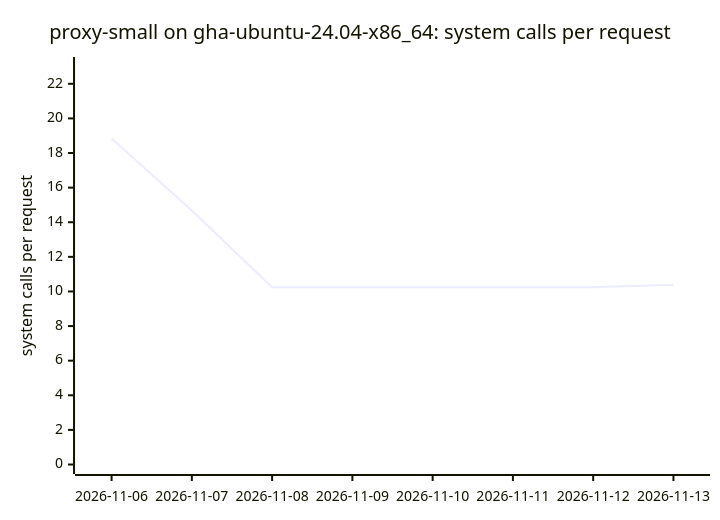
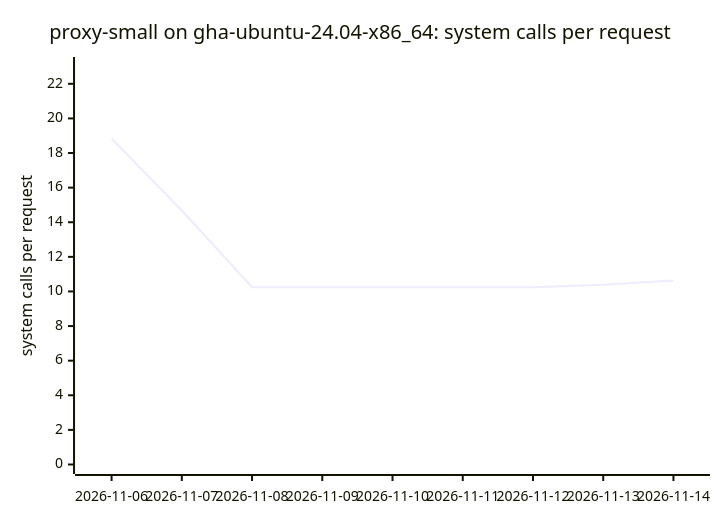
One commit to ThePixelPilgrim/durchlauferhitzer changed diagram 13 of 18 in BENCHMARKS.md. Above: the diagram before and after it, drawn with Mermaid. The commit also changed other lines of this file and 1 other file, not shown here.

````diff
--- a/BENCHMARKS.md
+++ b/BENCHMARKS.md
@@ -148,7 +148,7 @@
 ```mermaid
 xychart-beta
   title "proxy-small on gha-ubuntu-24.04-x86_64: system calls per request"
-  x-axis ["2026-11-06", "2026-11-07", "2026-11-08", "2026-11-09", "2026-11-10", "2026-11-11", "2026-11-12", "2026-11-13"]
+  x-axis ["2026-11-06", "2026-11-07", "2026-11-08", "2026-11-09", "2026-11-10", "2026-11-11", "2026-11-12", "2026-11-13", "2026-11-14"]
   y-axis "system calls per request" 0 --> 23
-  line [18.84, 14.68, 10.25, 10.25, 10.25, 10.25, 10.25, 10.39]
+  line [18.84, 14.68, 10.25, 10.25, 10.25, 10.25, 10.25, 10.39, 10.63]
 ```
````
